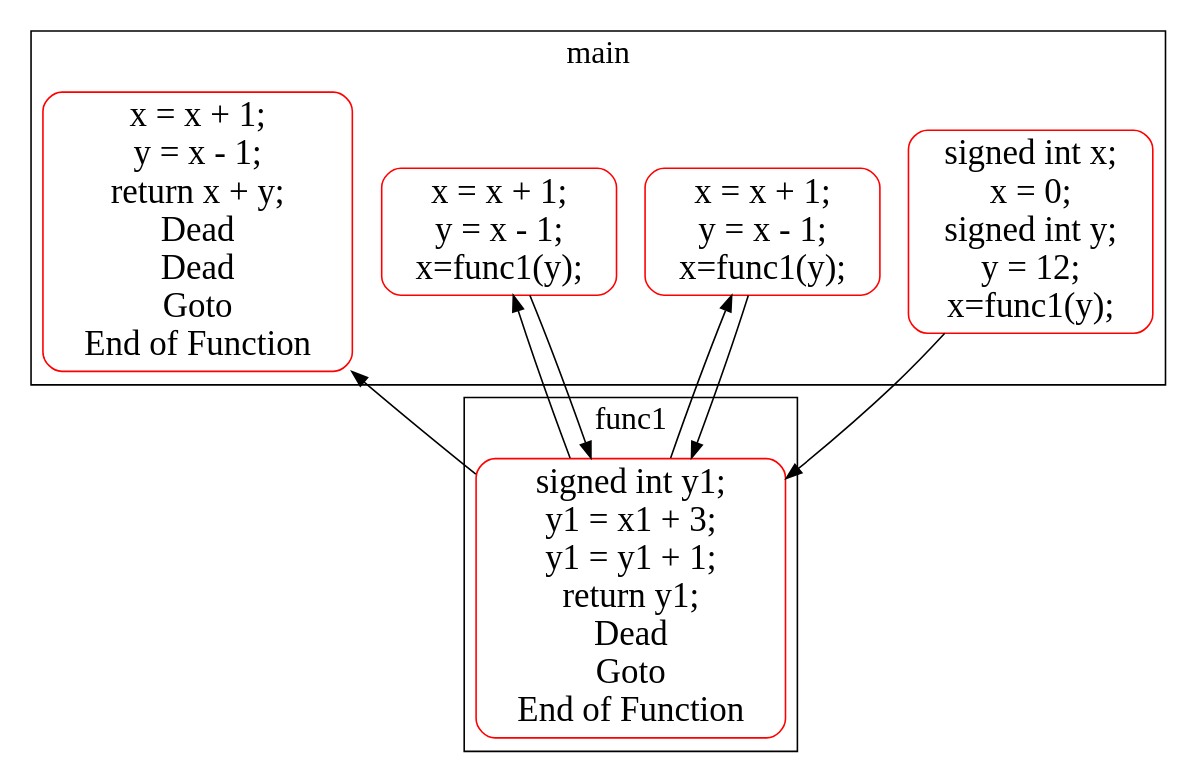
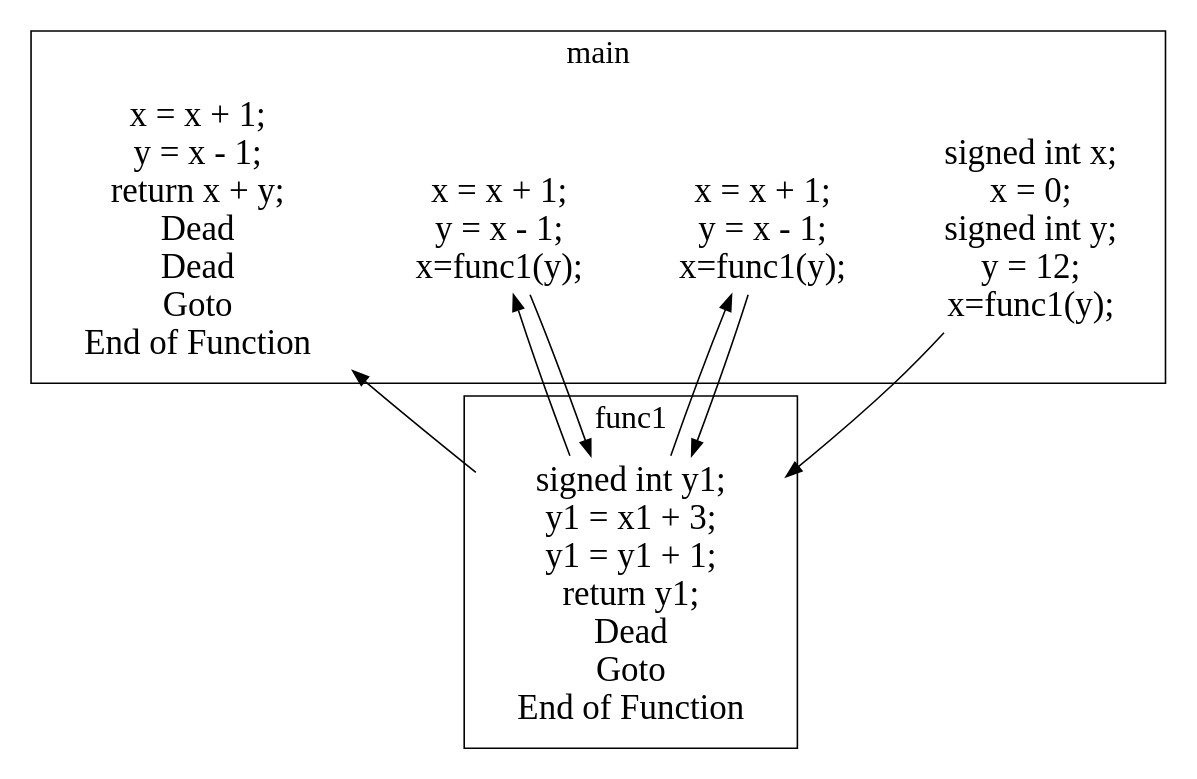
The diagram in output/multiplefunctionscalls-cfg-goto/multiplefunctionscalls-cfg-goto_updated2.dot (meysamkhazaee/dot_parser), drawn with Graphviz before and after one commit. The commit also changed 41 other files, not shown here.

```diff
--- a/output/multiplefunctionscalls-cfg-goto/multiplefunctionscalls-cfg-goto_updated2.dot
+++ b/output/multiplefunctionscalls-cfg-goto/multiplefunctionscalls-cfg-goto_updated2.dot
@@ -1,27 +1,27 @@
 digraph G {
 color=black;
 orientation=portrait;
 fontsize=20;
 compound=true;
 size="30,40";
 ratio=compress;
 subgraph "cluster_main" {
 label="main";
-Node_0_0_Node_0_1_Node_0_2_Node_0_3_Node_0_4 [label="signed int x;\nx = 0;\nsigned int y;\ny = 12;\nx=func1(y);", shape=Mrecord, fontsize=22, color=red];
-Node_0_5_Node_0_6_Node_0_7 [label="x = x + 1;\ny = x - 1;\nx=func1(y);", shape=Mrecord, fontsize=22, color=red];
-Node_0_8_Node_0_9_Node_0_10 [label="x = x + 1;\ny = x - 1;\nx=func1(y);", shape=Mrecord, fontsize=22, color=red];
-Node_0_11_Node_0_12_Node_0_13_Node_0_14_Node_0_15_Node_0_16_Node_0_17 [label="x = x + 1;\ny = x - 1;\nreturn x + y;\nDead\nDead\nGoto\nEnd of Function", shape=Mrecord, fontsize=22, color=red];
+Node_0_0_Node_0_1_Node_0_2_Node_0_3_Node_0_4 [label="signed int x;\nx = 0;\nsigned int y;\ny = 12;\nx=func1(y);", shape=plaintext, fontsize=22, color=red];
+Node_0_5_Node_0_6_Node_0_7 [label="x = x + 1;\ny = x - 1;\nx=func1(y);", shape=plaintext, fontsize=22, color=red];
+Node_0_8_Node_0_9_Node_0_10 [label="x = x + 1;\ny = x - 1;\nx=func1(y);", shape=plaintext, fontsize=22, color=red];
+Node_0_11_Node_0_12_Node_0_13_Node_0_14_Node_0_15_Node_0_16_Node_0_17 [label="x = x + 1;\ny = x - 1;\nreturn x + y;\nDead\nDead\nGoto\nEnd of Function", shape=plaintext, fontsize=22, color=red];
 }
 
 subgraph "cluster_func1" {
 label="func1";
-Node_1_18_Node_1_19_Node_1_20_Node_1_21_Node_1_22_Node_1_23_Node_1_24 [label="signed int y1;\ny1 = x1 + 3;\ny1 = y1 + 1;\nreturn y1;\nDead\nGoto\nEnd of Function", shape=Mrecord, fontsize=22, color=red];
+Node_1_18_Node_1_19_Node_1_20_Node_1_21_Node_1_22_Node_1_23_Node_1_24 [label="signed int y1;\ny1 = x1 + 3;\ny1 = y1 + 1;\nreturn y1;\nDead\nGoto\nEnd of Function", shape=plaintext, fontsize=22, color=red];
 }
 
 Node_1_18_Node_1_19_Node_1_20_Node_1_21_Node_1_22_Node_1_23_Node_1_24 -> Node_0_5_Node_0_6_Node_0_7;
 Node_1_18_Node_1_19_Node_1_20_Node_1_21_Node_1_22_Node_1_23_Node_1_24 -> Node_0_8_Node_0_9_Node_0_10;
 Node_1_18_Node_1_19_Node_1_20_Node_1_21_Node_1_22_Node_1_23_Node_1_24 -> Node_0_11_Node_0_12_Node_0_13_Node_0_14_Node_0_15_Node_0_16_Node_0_17;
 Node_0_0_Node_0_1_Node_0_2_Node_0_3_Node_0_4 -> Node_1_18_Node_1_19_Node_1_20_Node_1_21_Node_1_22_Node_1_23_Node_1_24;
 Node_0_5_Node_0_6_Node_0_7 -> Node_1_18_Node_1_19_Node_1_20_Node_1_21_Node_1_22_Node_1_23_Node_1_24;
 Node_0_8_Node_0_9_Node_0_10 -> Node_1_18_Node_1_19_Node_1_20_Node_1_21_Node_1_22_Node_1_23_Node_1_24;
 }
```
